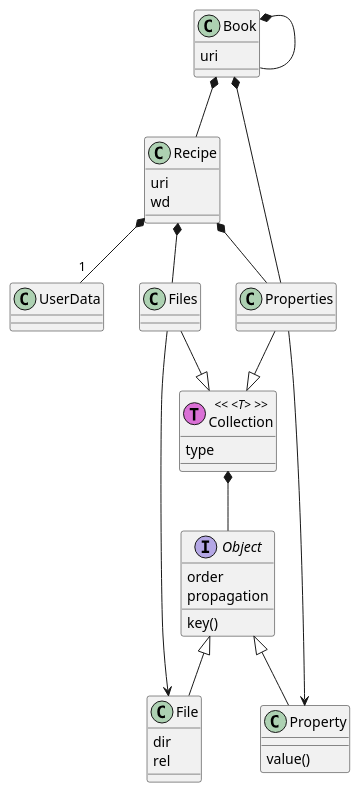
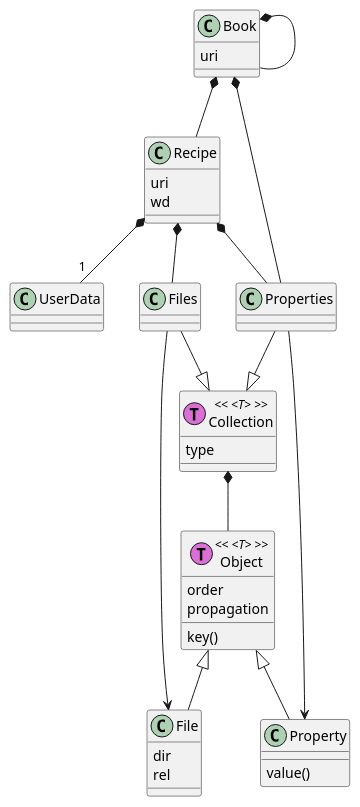
Before and after one commit to decode-it/cook: the diagram in doc/design/src/model/model.puml, drawn with PlantUML.

```diff
--- a/doc/design/src/model/model.puml
+++ b/doc/design/src/model/model.puml
@@ -1,43 +1,43 @@
 @startuml
 class Book
 class Recipe
 class UserData
 class Collection  << (T, orchid) <T> >>
 class Properties 
 class Files
-Interface Object
+class Object << (T, orchid) <T> >>
 class Property
 class File
 
 Properties --|> Collection
 Files --|> Collection
 
 
 Book *-- Book
 Book *-- Recipe
 Book *-- Properties
 Book : uri
 
 Recipe *-- Properties
 Recipe *-- Files
 Recipe *-- "1" UserData
 Recipe : uri
 Recipe : wd
 
 Collection *-- Object
 Collection : type
 
 Object : key()
 Object : order
 Object : propagation
 Object <|-- Property
 Object <|-- File
 
 
 Properties --> Property
 Property : value()
 
 Files --> File
 File : dir
 File : rel
 @enduml
```
